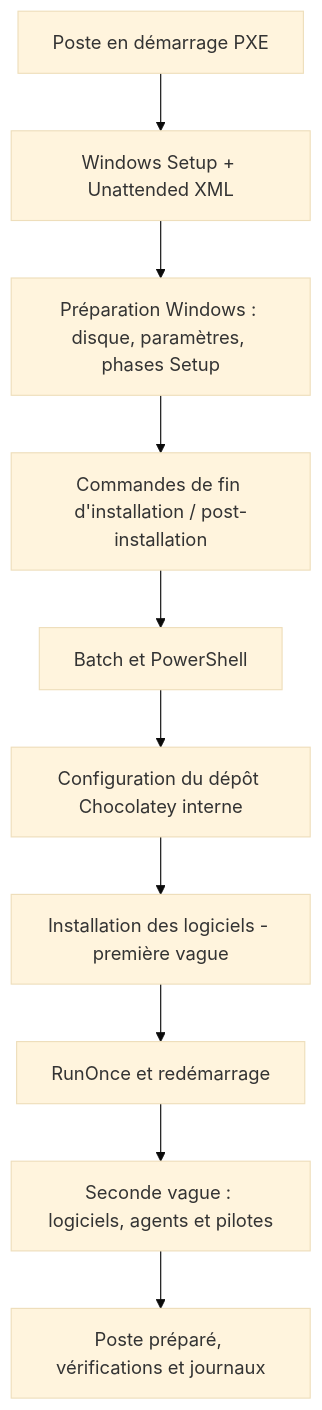
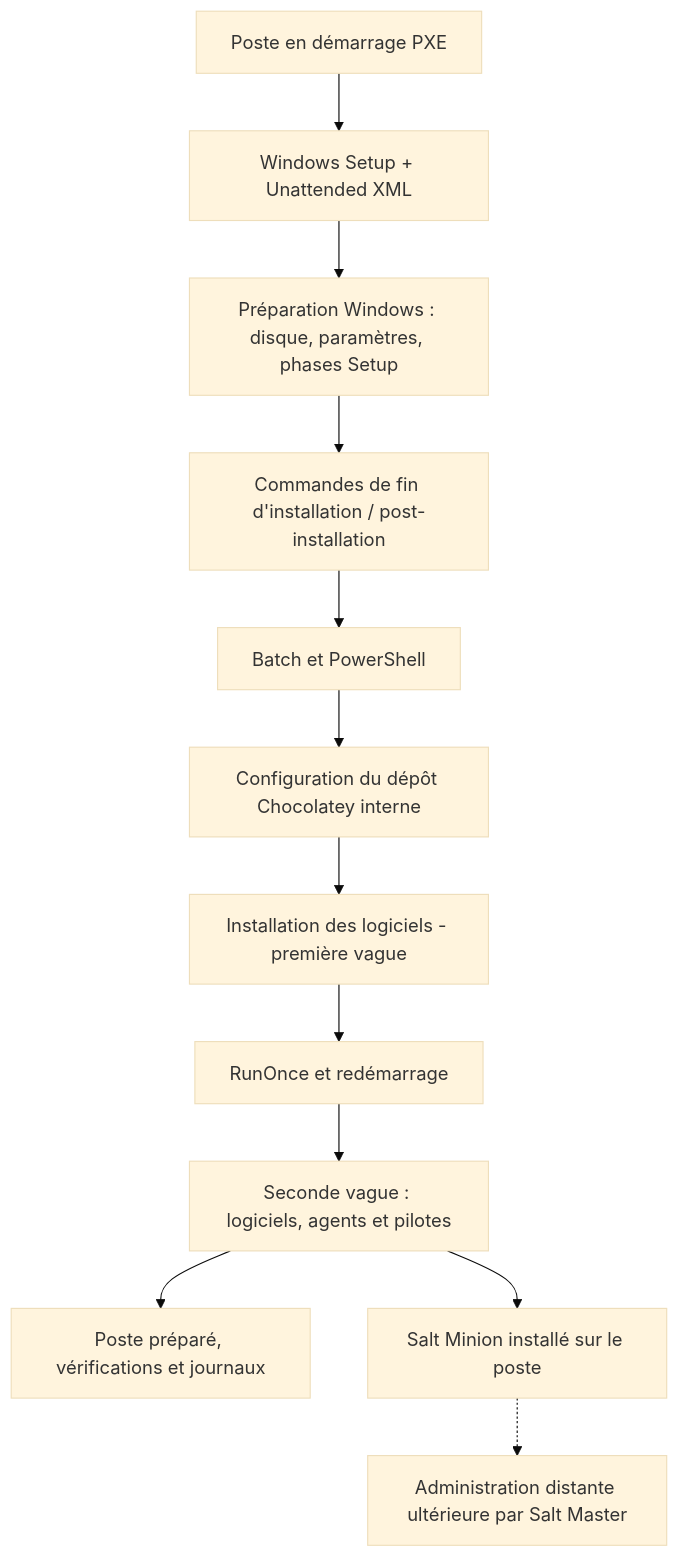
The diagram in projects/windows-endpoint-automation/docs/01-pxe-windows.md (thadji-fr/devsecops), drawn with Mermaid (base theme) before and after one commit. The commit also changed other lines of this file, not shown here.

Commit message:
docs(pxe): explain app deployment through Chocolatey and Salt Minion installation

````diff
--- a/projects/windows-endpoint-automation/docs/01-pxe-windows.md
+++ b/projects/windows-endpoint-automation/docs/01-pxe-windows.md
@@ -11,12 +11,14 @@
 ```mermaid
 flowchart TD
     A["Poste en démarrage PXE"] --> B["Windows Setup + Unattended XML"]
     B --> C["Préparation Windows : disque, paramètres, phases Setup"]
     C --> D["Commandes de fin d'installation / post-installation"]
     D --> E["Batch et PowerShell"]
     E --> F["Configuration du dépôt Chocolatey interne"]
     F --> G["Installation des logiciels - première vague"]
     G --> H["RunOnce et redémarrage"]
     H --> I["Seconde vague : logiciels, agents et pilotes"]
     I --> J["Poste préparé, vérifications et journaux"]
+    I --> K["Salt Minion installé sur le poste"]
+    K -.-> L["Administration distante ultérieure par Salt Master"]
 ```
````
